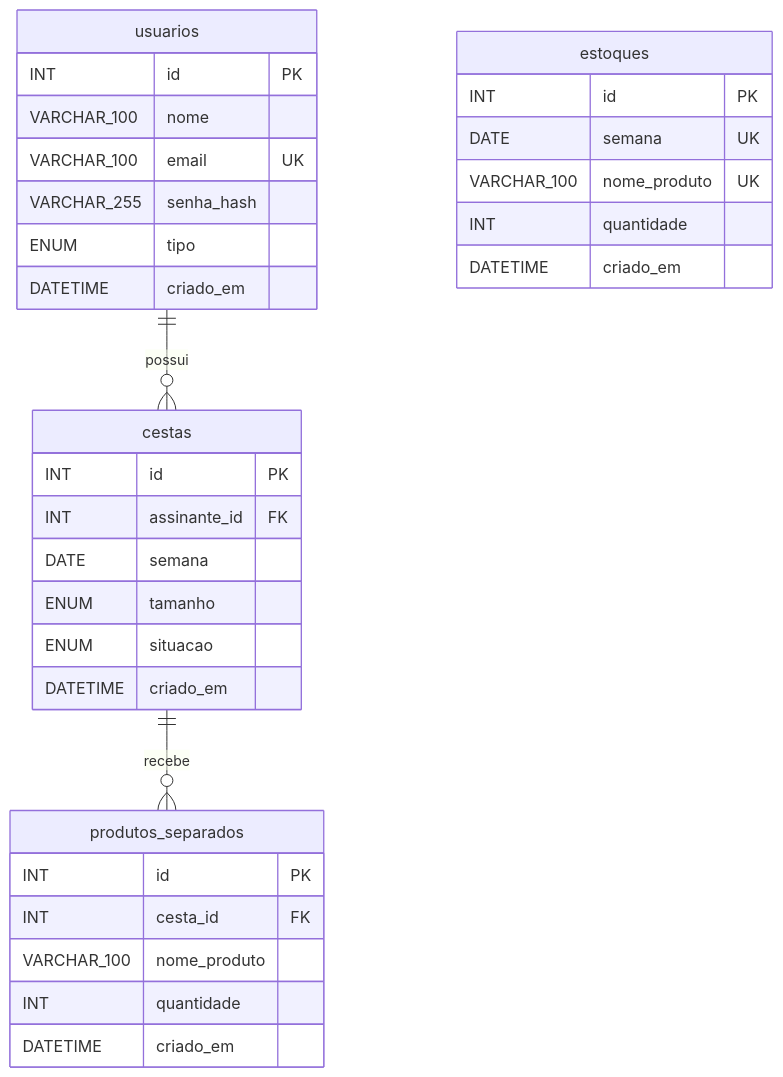
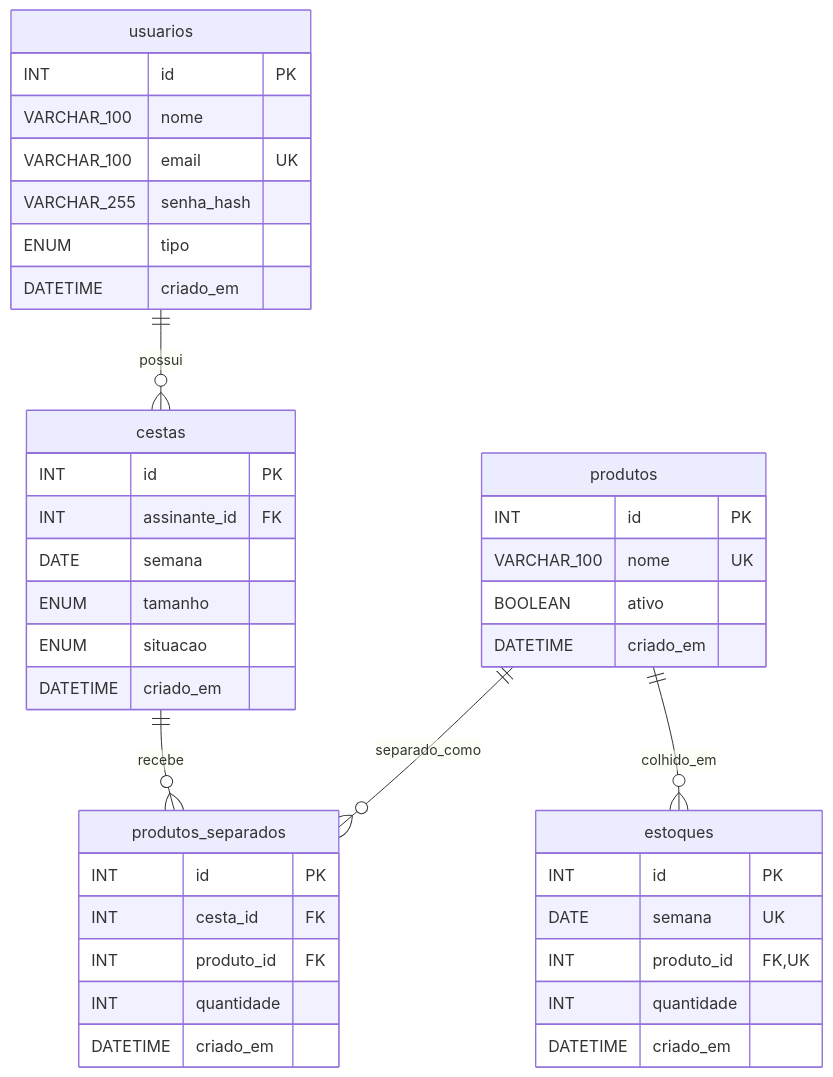
The diagram in docs/DER.md (GustavoWachholz/atividade-backend), drawn with Mermaid before and after one commit. The commit also changed other lines of this file and 33 other files, not shown here.

````diff
--- a/docs/DER.md
+++ b/docs/DER.md
@@ -8,35 +8,43 @@
 ```mermaid
 erDiagram
     usuarios ||--o{ cestas : possui
     cestas ||--o{ produtos_separados : recebe
+    produtos ||--o{ estoques : colhido_em
+    produtos ||--o{ produtos_separados : separado_como
     usuarios {
         INT id PK
         VARCHAR_100 nome
         VARCHAR_100 email UK
         VARCHAR_255 senha_hash
         ENUM tipo
         DATETIME criado_em
     }
     cestas {
         INT id PK
         INT assinante_id FK
         DATE semana
         ENUM tamanho
         ENUM situacao
         DATETIME criado_em
     }
     produtos_separados {
         INT id PK
         INT cesta_id FK
-        VARCHAR_100 nome_produto
+        INT produto_id FK
         INT quantidade
         DATETIME criado_em
     }
     estoques {
         INT id PK
         DATE semana UK
-        VARCHAR_100 nome_produto UK
+        INT produto_id FK, UK
         INT quantidade
         DATETIME criado_em
     }
+    produtos {
+        INT id PK
+        VARCHAR_100 nome UK
+        BOOLEAN ativo
+        DATETIME criado_em
+    }
 ```
````
